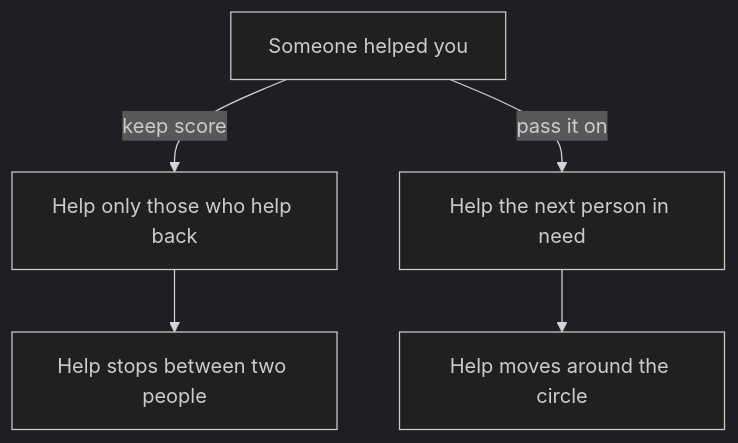
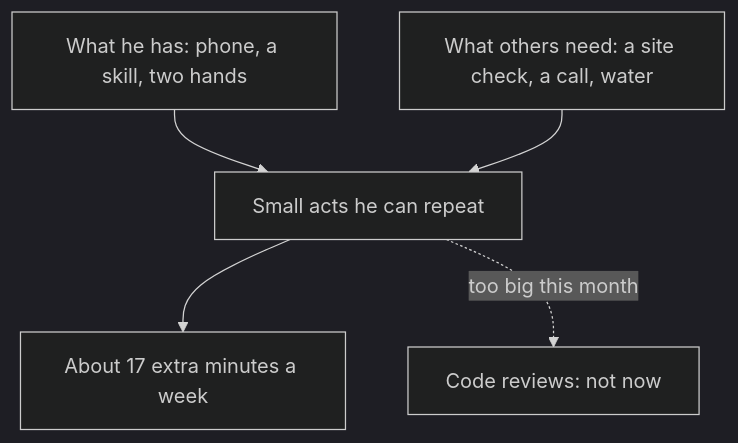
The diagram in content/import/faith-and-resilience/07-community-care-and-your-steady-plan/07.02-serving-others.md (Muhammad-AnasKhan/Buildment), drawn with Mermaid (dark theme) before and after one commit. The commit also changed other lines of this file and 9 other files, not shown here.

````diff
--- a/content/import/faith-and-resilience/07-community-care-and-your-steady-plan/07.02-serving-others.md
+++ b/content/import/faith-and-resilience/07-community-care-and-your-steady-plan/07.02-serving-others.md
@@ -81,7 +91,7 @@
 ```mermaid
 flowchart TD
-  A["Someone helped you"] -->|"keep score"| B["Help only those who help back"]
-  B --> C["Help stops between two people"]
-  A -->|"pass it on"| D["Help the next person in need"]
-  D --> E["Help moves around the circle"]
+  A["What he has: phone, a skill, two hands"] --> C["Small acts he can repeat"]
+  B["What others need: a site check, a call, water"] --> C
+  C --> D["About 17 extra minutes a week"]
+  C -.->|"too big this month"| E["Code reviews: not now"]
 ```
````
